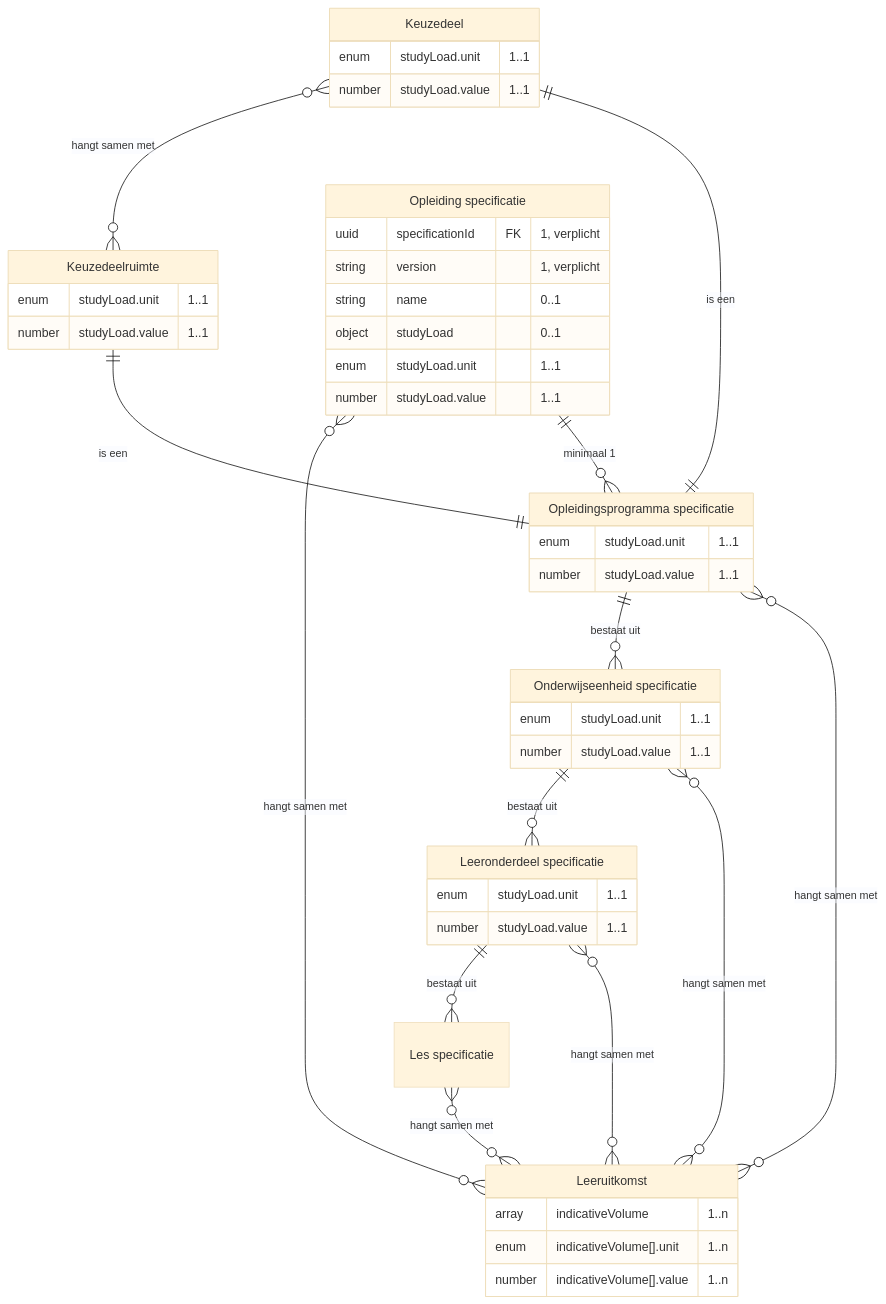
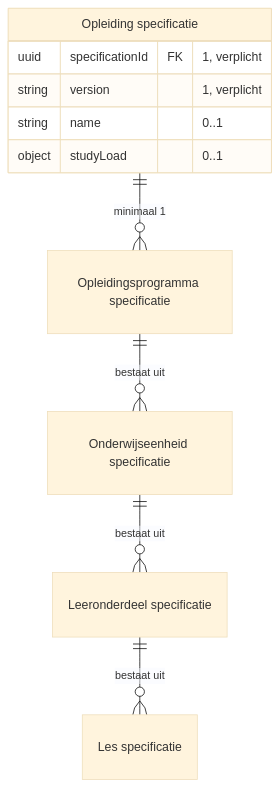
The third of 16 diagrams in architecture/docs/specificatie/interactie-onderwijsaanbod/is-oa-01.md (Npuls-OKx/meta), drawn with Mermaid (base theme) before and after one commit. The commit also changed other lines of this file and 8 other files, not shown here.

````diff
--- a/architecture/docs/specificatie/interactie-onderwijsaanbod/is-oa-01.md
+++ b/architecture/docs/specificatie/interactie-onderwijsaanbod/is-oa-01.md
@@ -158,49 +158,17 @@
 ```mermaid
 erDiagram
     "Leeronderdeel specificatie" ||--o{ "Les specificatie" : "bestaat uit"
     "Onderwijseenheid specificatie" ||--o{ "Leeronderdeel specificatie" : "bestaat uit"
     "Opleidingsprogramma specificatie" ||--o{ "Onderwijseenheid specificatie" : "bestaat uit"
-    "Keuzedeel" }o--o{ "Keuzedeelruimte" : "hangt samen met"
-    "Leeronderdeel specificatie" }o--o{ "Leeruitkomst" : "hangt samen met"
-    "Les specificatie" }o--o{ "Leeruitkomst" : "hangt samen met"
-    "Onderwijseenheid specificatie" }o--o{ "Leeruitkomst" : "hangt samen met"
-    "Opleiding specificatie" }o--o{ "Leeruitkomst" : "hangt samen met"
-    "Opleidingsprogramma specificatie" }o--o{ "Leeruitkomst" : "hangt samen met"
     "Opleiding specificatie" ||--o{ "Opleidingsprogramma specificatie" : "minimaal 1"
-    "Keuzedeel" ||--|| "Opleidingsprogramma specificatie" : "is een"
-    "Keuzedeelruimte" ||--|| "Opleidingsprogramma specificatie" : "is een"
     "Opleiding specificatie" {
         uuid specificationId FK "1, verplicht"
         string version "1, verplicht"
         string name "0..1"
         object studyLoad "0..1"
-        enum studyLoad.unit "1..1"
-        number studyLoad.value "1..1"
     }
-    "Leeruitkomst" {
-        array indicativeVolume "1..n"
-        enum indicativeVolume[].unit "1..n"
-        number indicativeVolume[].value "1..n"
-    }
-    "Opleidingsprogramma specificatie" {
-        enum studyLoad.unit "1..1"
-        number studyLoad.value "1..1"
-    }
-    "Keuzedeel" {
-        enum studyLoad.unit "1..1"
-        number studyLoad.value "1..1"
-    }
-    "Onderwijseenheid specificatie" {
-        enum studyLoad.unit "1..1"
-        number studyLoad.value "1..1"
-    }
-    "Leeronderdeel specificatie" {
-        enum studyLoad.unit "1..1"
-        number studyLoad.value "1..1"
-    }
-    "Keuzedeelruimte" {
-        enum studyLoad.unit "1..1"
-        number studyLoad.value "1..1"
-    }
+    "Opleidingsprogramma specificatie" { }
+    "Onderwijseenheid specificatie" { }
+    "Leeronderdeel specificatie" { }
     "Les specificatie" { }
 ```
````
